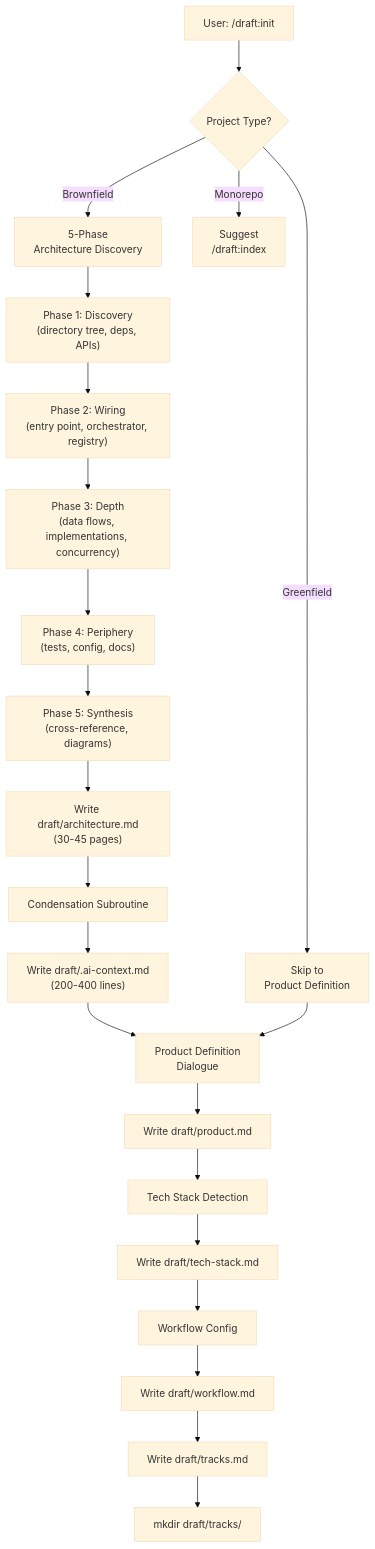
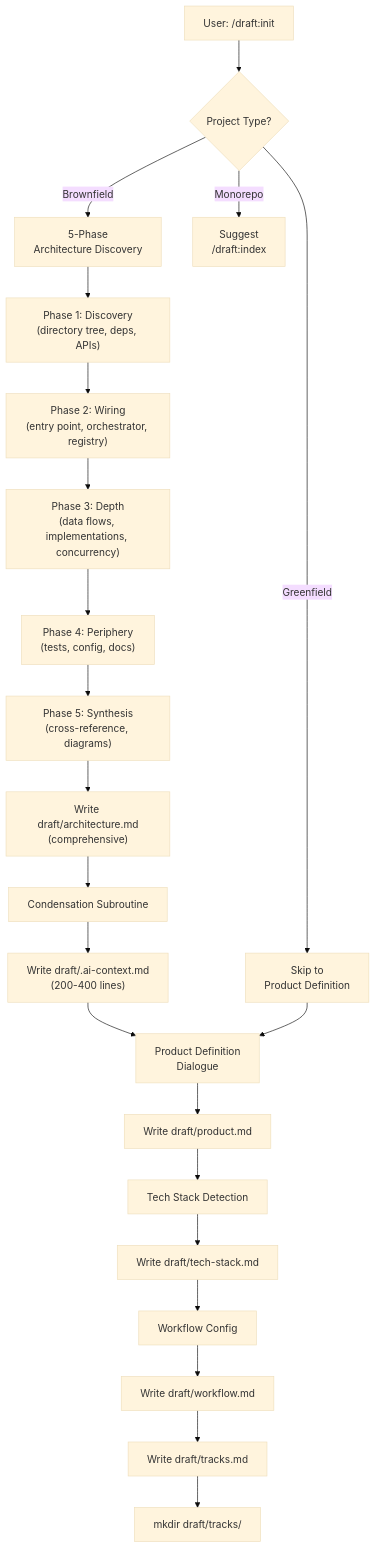
One commit to mayurpise/draft changed the third of 9 diagrams in draft/architecture.md. Above: the diagram before and after it, drawn with Mermaid (base theme). The commit also changed other lines of this file and 10 other files, not shown here.

````diff
--- a/draft/architecture.md
+++ b/draft/architecture.md
@@ -272,26 +272,26 @@
 ```mermaid
 flowchart TD
     A["User: /draft:init"] --> B{Project Type?}
     B -->|Brownfield| C["5-Phase\nArchitecture Discovery"]
     B -->|Greenfield| D["Skip to\nProduct Definition"]
     B -->|Monorepo| E["Suggest\n/draft:index"]
 
     C --> C1["Phase 1: Discovery\n(directory tree, deps, APIs)"]
     C1 --> C2["Phase 2: Wiring\n(entry point, orchestrator, registry)"]
     C2 --> C3["Phase 3: Depth\n(data flows, implementations, concurrency)"]
     C3 --> C4["Phase 4: Periphery\n(tests, config, docs)"]
     C4 --> C5["Phase 5: Synthesis\n(cross-reference, diagrams)"]
-    C5 --> F["Write draft/architecture.md\n(30-45 pages)"]
+    C5 --> F["Write draft/architecture.md\n(comprehensive)"]
     F --> G["Condensation Subroutine"]
     G --> H["Write draft/.ai-context.md\n(200-400 lines)"]
 
     H --> I["Product Definition\nDialogue"]
     D --> I
     I --> J["Write draft/product.md"]
     J --> K["Tech Stack Detection"]
     K --> L["Write draft/tech-stack.md"]
     L --> M["Workflow Config"]
     M --> N["Write draft/workflow.md"]
     N --> O["Write draft/tracks.md"]
     O --> P["mkdir draft/tracks/"]
 ```
````
